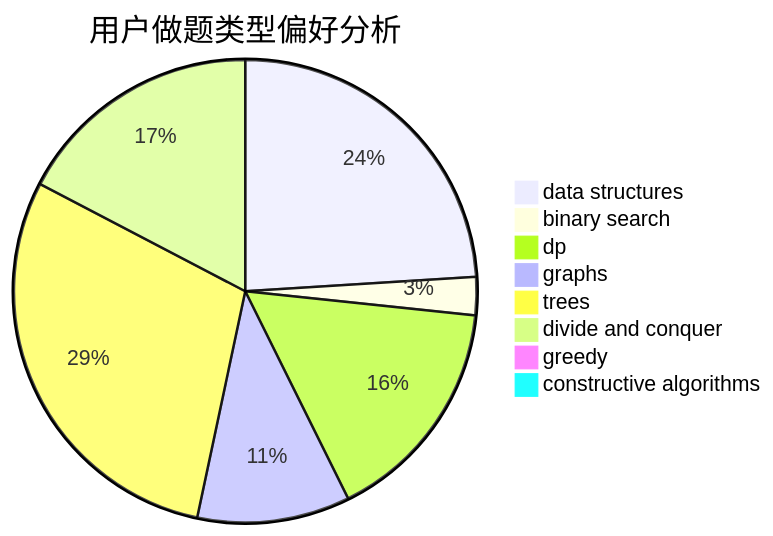
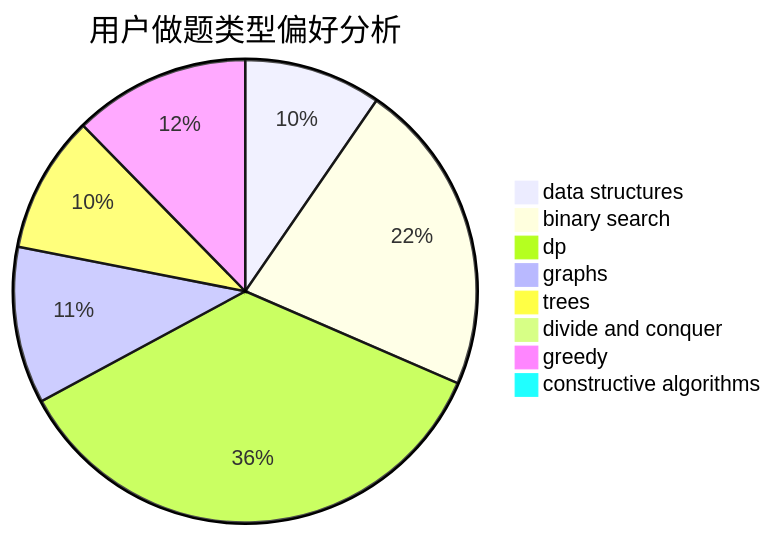
One commit to sherpahu/cfrs.github.io changed the second of 3 diagrams in docs/user/u107.md. Above: the diagram before and after it, drawn with Mermaid. The commit also changed other lines of this file and 2770 other files, not shown here.

````diff
--- a/docs/user/u107.md
+++ b/docs/user/u107.md
@@ -23,11 +23,11 @@
 ```mermaid
 pie title 用户做题类型偏好分析
-    "data structures" :  18
-    "binary search" :  2
-    "dp" :  12
+    "data structures" :  7
+    "binary search" :  16
+    "dp" :  26
     "graphs" :  8
-    "trees" :  22
-    "divide and conquer" :  13
-    "greedy" :  0
+    "trees" :  7
+    "divide and conquer" :  0
+    "greedy" :  9
     "constructive algorithms" :  0
 ```
````
